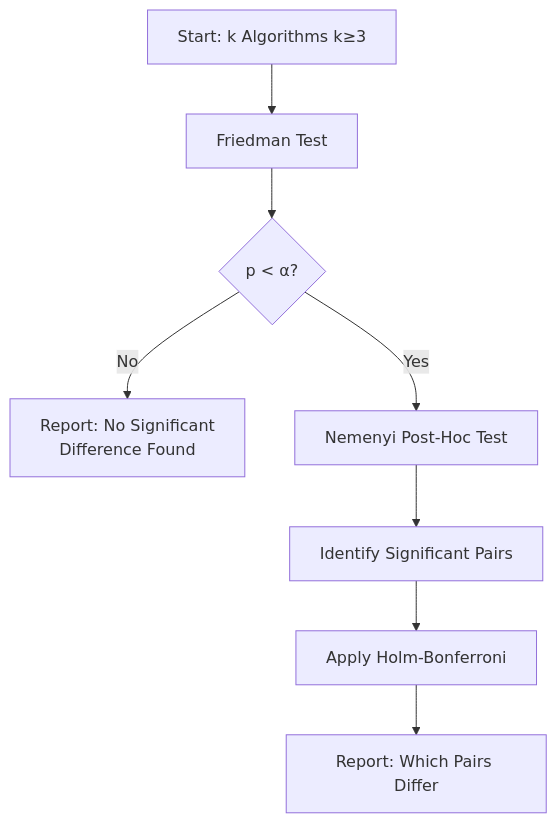
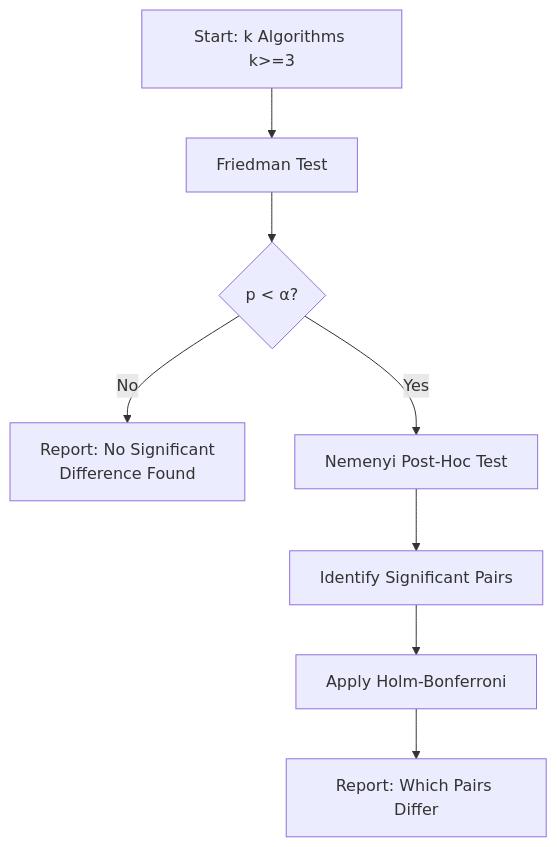
The eighth of 10 diagrams in documentation/technical_decisions/statistical_tests_comprehensive_guide.md (lucasgaldinos/gpu_accelerated), drawn with Mermaid before and after one commit. The commit also changed other lines of this file and 391 other files, not shown here.

````diff
--- a/documentation/technical_decisions/statistical_tests_comprehensive_guide.md
+++ b/documentation/technical_decisions/statistical_tests_comprehensive_guide.md
@@ -3060,11 +5874,11 @@
 ```mermaid
 graph TD
-    A[Start: k Algorithms k≥3] --> B[Friedman Test]:::nonparametric
+    A[Start: k Algorithms k>=3] --> B[Friedman Test]:::nonparametric
     B --> C{p < α?}:::decision
     C -->|No| D[Report: No Significant<br/>Difference Found]
     C -->|Yes| E[Nemenyi Post-Hoc Test]:::nonparametric
     E --> F[Identify Significant Pairs]
     F --> G[Apply Holm-Bonferroni]
     G --> H[Report: Which Pairs Differ]
 
 ```
````
